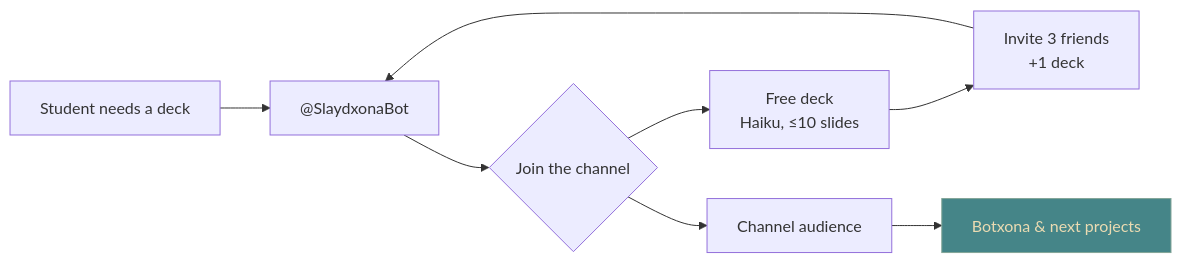
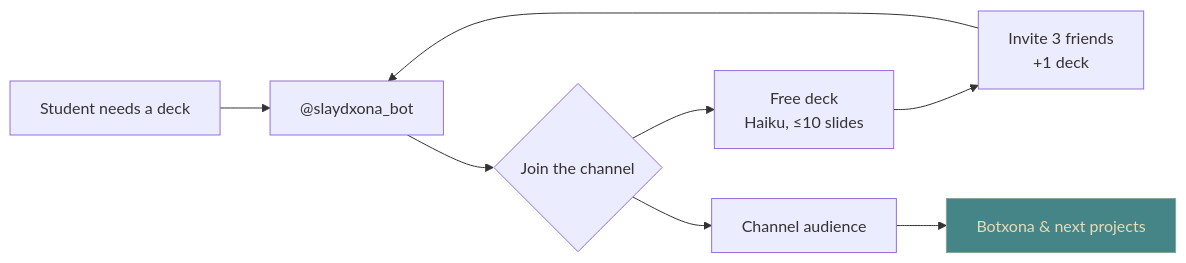
Before and after one commit to abdurahmon27/2005: the diagram in src/app/lab/ideas/slaydxona/page.mdx, drawn with Mermaid. The commit also changed other lines of this file and 1 other file, not shown here.

Commit message:
feat(projects): add Botxona and Slaydxona
Both started as ways to grow the channel's audience and ended up earning.
Also fixes the Slaydxona lab note, which linked @SlaydxonaBot instead of
the real @slaydxona_bot.

````diff
--- a/src/app/lab/ideas/slaydxona/page.mdx
+++ b/src/app/lab/ideas/slaydxona/page.mdx
@@ -24,11 +24,11 @@
 ```mermaid
 flowchart LR
-  S["Student needs a deck"] --> B["@SlaydxonaBot"]
+  S["Student needs a deck"] --> B["@slaydxona_bot"]
   B --> C{"Join the channel"}
   C --> D["Free deck<br/>Haiku, ≤10 slides"]
   D --> R["Invite 3 friends<br/>+1 deck"]
   R --> B
   C --> A["Channel audience"]
   A --> X["Botxona & next projects"]
   style X fill:#458588,stroke:#83a598,color:#ebdbb2
 ```
````
